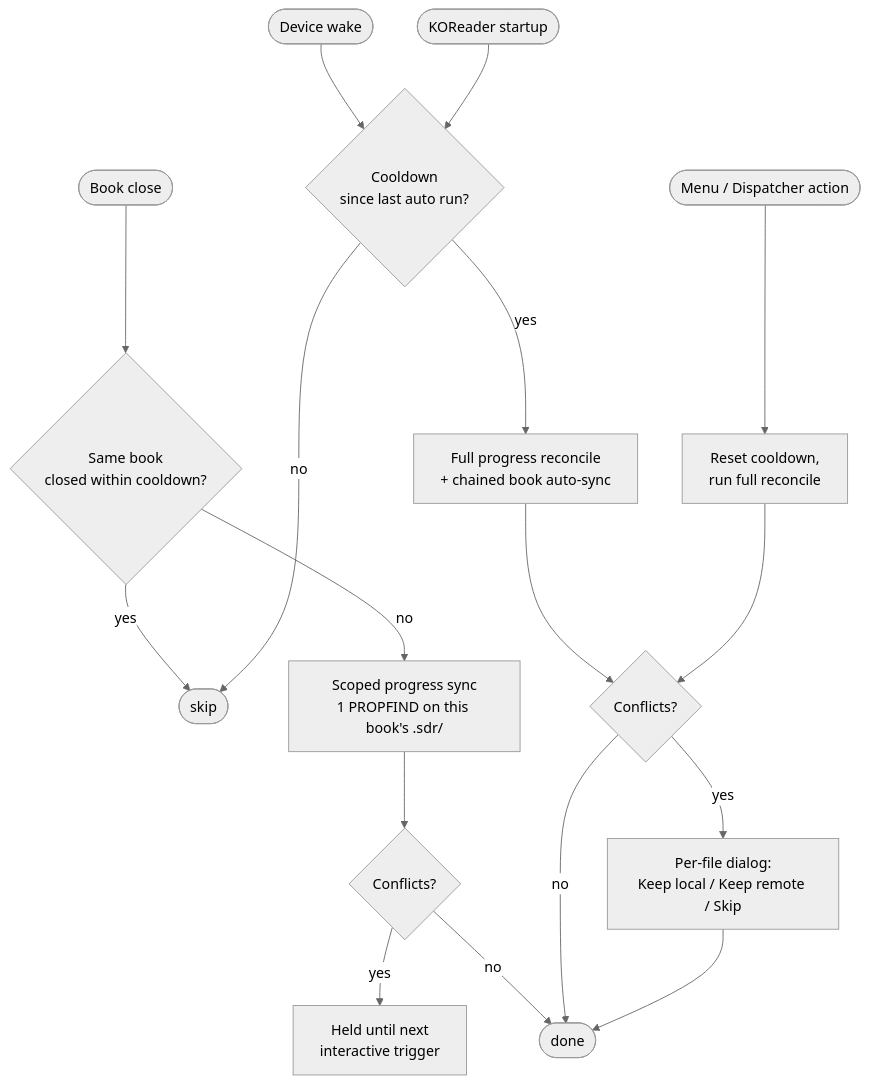
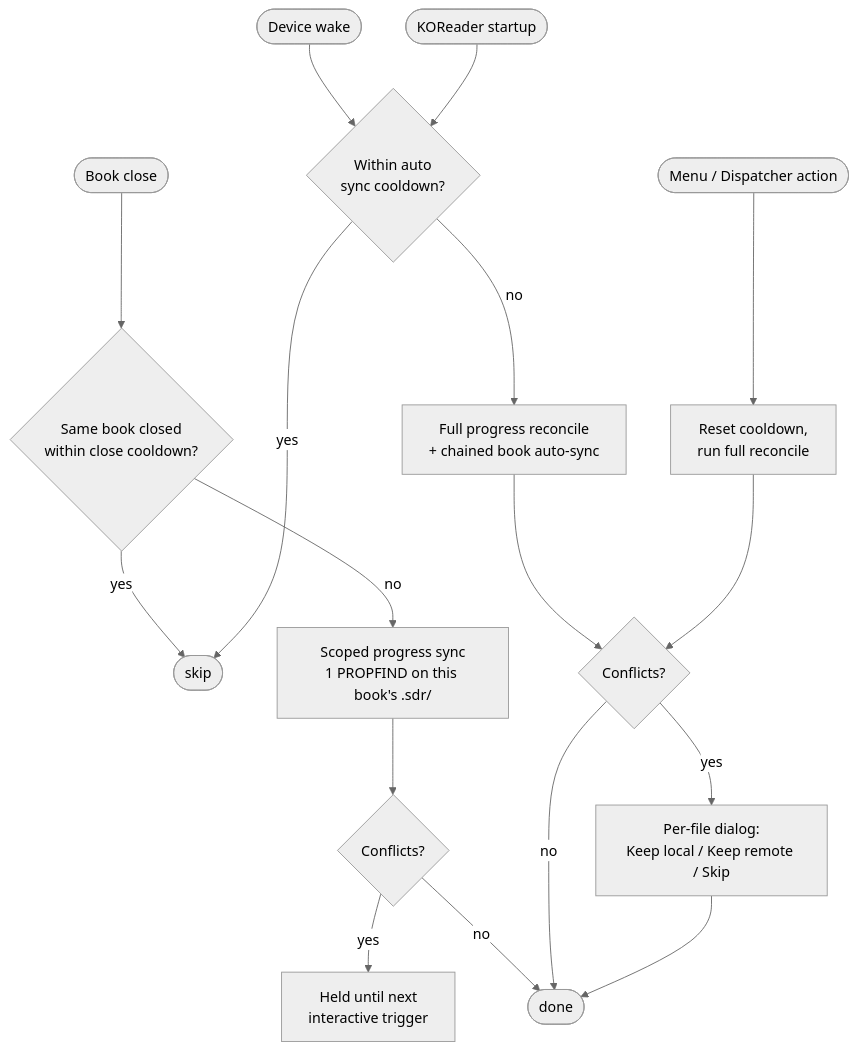
The diagram in README.md (Alpha3288/webdav-autosync.koplugin), drawn with Mermaid (neutral theme) before and after one commit. The commit also changed other lines of this file and 1 other file, not shown here.

````diff
--- a/README.md
+++ b/README.md
@@ -23,28 +24,28 @@
 ```mermaid
 flowchart TD
     Close([Book close])
     Resume([Device wake])
     Startup([KOReader startup])
     Manual([Menu / Dispatcher action])
 
-    Close --> CG{Same book<br/>closed within cooldown?}
+    Close --> CG{Same book closed<br/>within close cooldown?}
     CG -- yes --> Skip([skip])
     CG -- no --> Scoped[Scoped progress sync<br/>1 PROPFIND on this book's .sdr/]
 
-    Resume --> AG{Cooldown<br/>since last auto run?}
+    Resume --> AG{Within auto<br/>sync cooldown?}
     Startup --> AG
-    AG -- no --> Skip
-    AG -- yes --> Full[Full progress reconcile<br/>+ chained book auto-sync]
+    AG -- yes --> Skip
+    AG -- no --> Full[Full progress reconcile<br/>+ chained book auto-sync]
 
     Manual --> Bump[Reset cooldown,<br/>run full reconcile]
 
     Scoped --> SilentQ{Conflicts?}
     SilentQ -- yes --> Hold[Held until next<br/>interactive trigger]
     SilentQ -- no --> Done([done])
 
     Full --> InterQ{Conflicts?}
     Bump --> InterQ
     InterQ -- yes --> Dialog[Per-file dialog:<br/>Keep local / Keep remote / Skip]
     InterQ -- no --> Done
     Dialog --> Done
 ```
````
